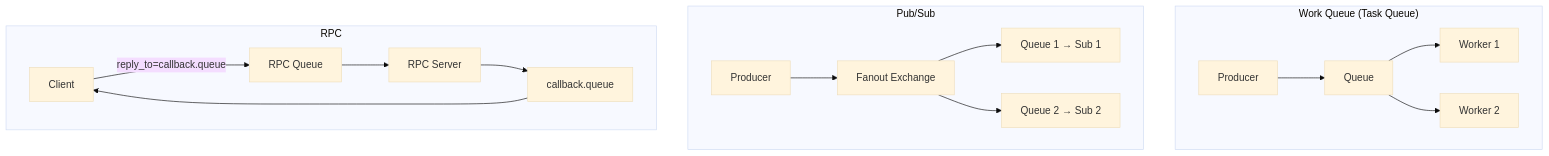
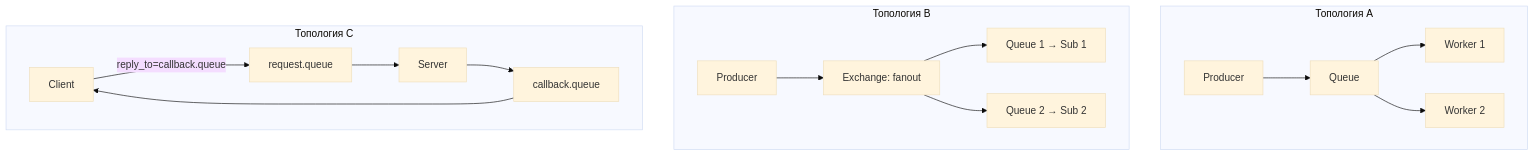
One commit to akeverus/cheat-sheet changed the ninth of 9 diagrams in cheatsheets/interview/messaging/rabbitmq-interview.md. Above: the diagram before and after it, drawn with Mermaid (base theme). The commit also changed other lines of this file and 2 other files, not shown here.

````diff
--- a/cheatsheets/interview/messaging/rabbitmq-interview.md
+++ b/cheatsheets/interview/messaging/rabbitmq-interview.md
@@ -963,21 +959,21 @@
 ```mermaid
 graph TD
-    subgraph "Work Queue (Task Queue)"
+    subgraph "Топология A"
         WP[Producer] --> WQ[Queue]
         WQ --> WC1[Worker 1]
         WQ --> WC2[Worker 2]
     end
 
-    subgraph "Pub/Sub"
-        PP[Producer] --> FE[Fanout Exchange]
+    subgraph "Топология B"
+        PP[Producer] --> FE[Exchange: fanout]
         FE --> FQ1[Queue 1 → Sub 1]
         FE --> FQ2[Queue 2 → Sub 2]
     end
 
-    subgraph "RPC"
-        RP[Client] -->|reply_to=callback.queue| RE[RPC Queue]
-        RE --> RS[RPC Server]
+    subgraph "Топология C"
+        RP[Client] -->|reply_to=callback.queue| RE[request.queue]
+        RE --> RS[Server]
         RS --> RQ[callback.queue]
         RQ --> RP
     end
 ```
````
